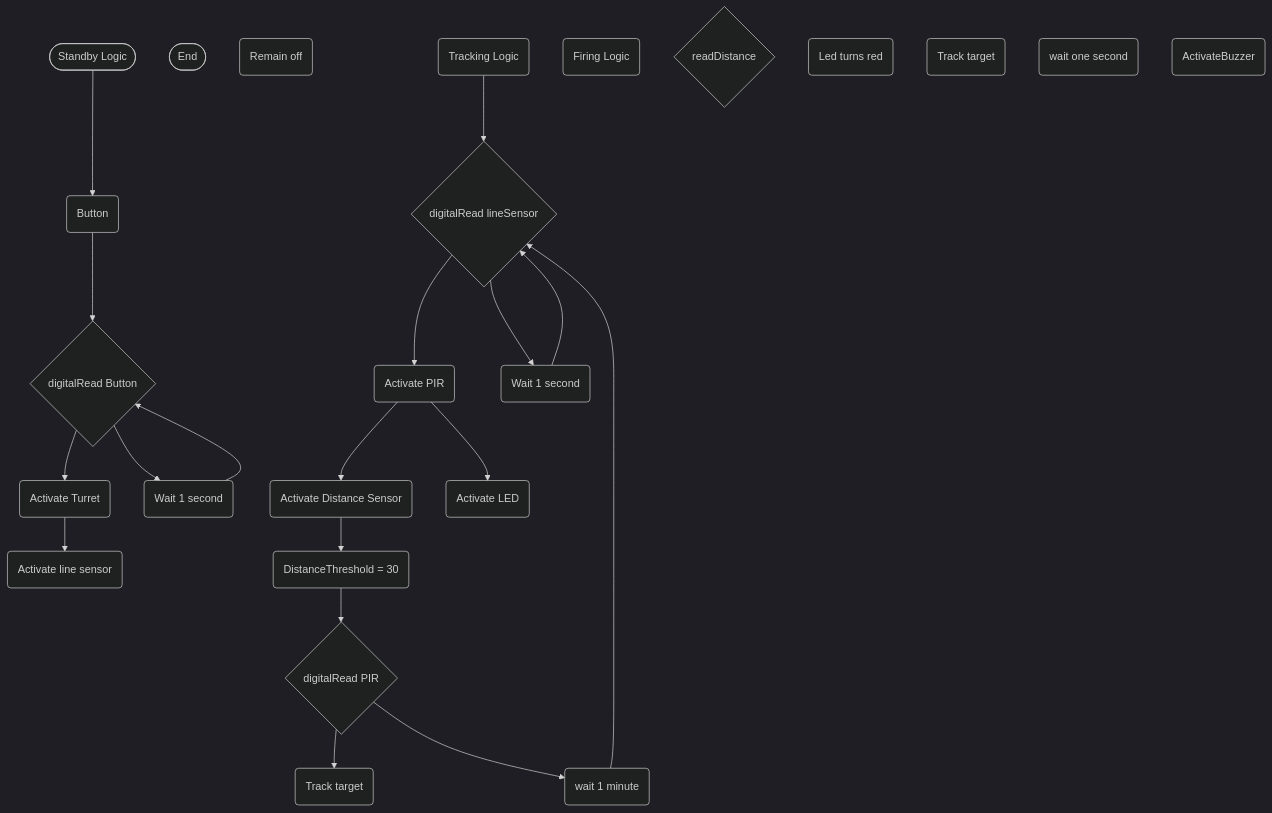
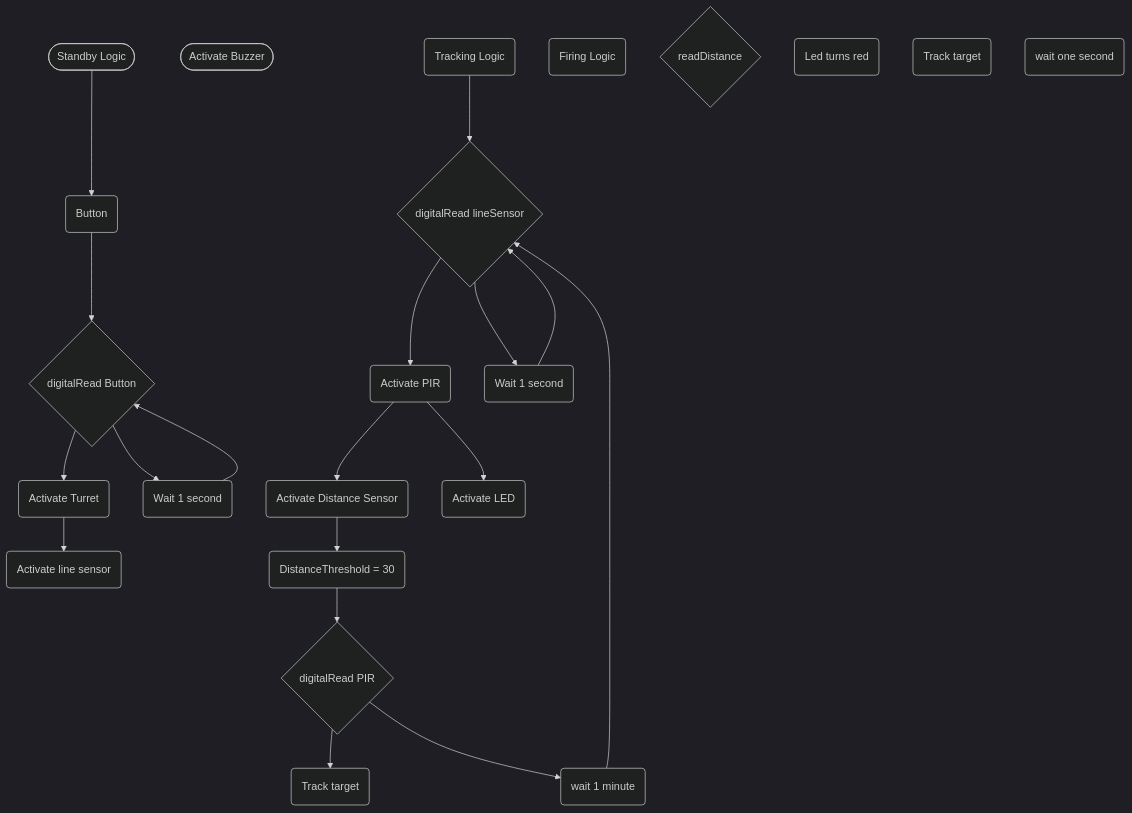
One commit to Zac2259/Smart-Turret changed the diagram in logic.md. Above: the diagram before and after it, drawn with Mermaid (dark theme).

````diff
--- a/logic.md
+++ b/logic.md
@@ -1,48 +1,46 @@
  ```mermaid
  flowchart TD
  %%standby logic
 terminalStart([Standby Logic])
- terminalEnd([End])
+ terminalEnd([Activate Buzzer])
  Button(Button)
 Buttontrigger{digitalRead Button}
 activateturret(Activate Turret)
 activatesensor(Activate line sensor)
-remainoff(Remain off)
 loop(Wait 1 second)
 %%Tracking logic
 Tracking(Tracking Logic)
 Readline{digitalRead lineSensor}
 activatepir(Activate PIR)
 activatedistance(Activate Distance Sensor)
 activateLED(Activate LED)
 loop2(Wait 1 second)
 distance(DistanceThreshold = 30)
 ReadPIR{digitalRead PIR}
 track(Track target)
 loop3(wait 1 minute)
 %%Firing
 firelogic(Firing Logic)
 readdistance{readDistance}
 fire(Led turns red)
 Keeptrack(Track target)
 loop4(wait one second)
-activatealarm(ActivateBuzzer)
 terminalStart --> Button
 Button --> Buttontrigger
 Buttontrigger --> activateturret
 activateturret --> activatesensor
 Buttontrigger --> loop
 loop -->Buttontrigger
 Tracking --> Readline
 Readline --> activatepir
 activatepir --> activateLED
 Readline --> loop2
 loop2 --> Readline
 activatepir --> activatedistance
 activatedistance --> distance
 distance --> ReadPIR
 ReadPIR --> track
 ReadPIR --> loop3
 loop3 --> Readline
 
  ```
````
